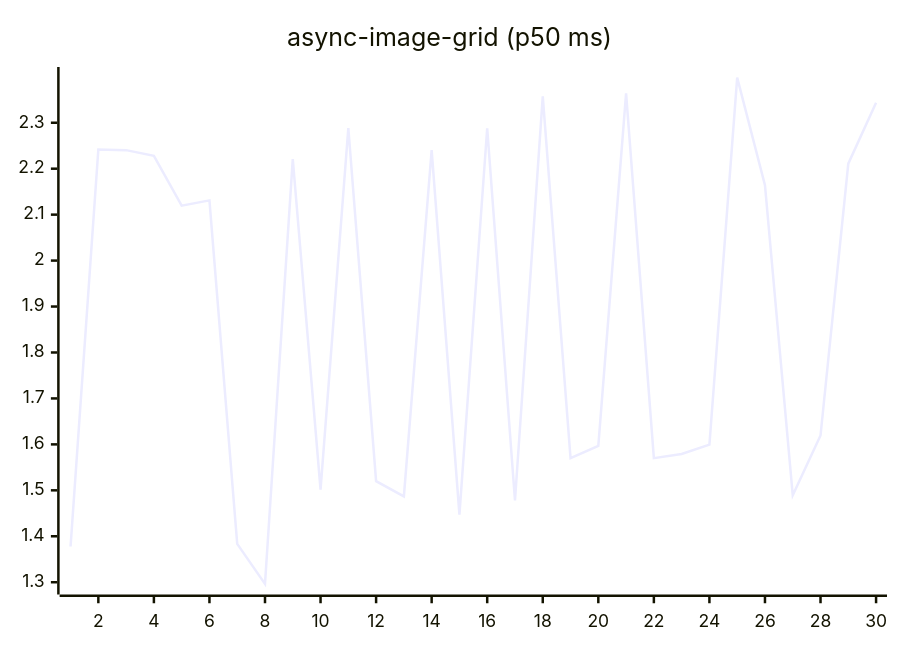
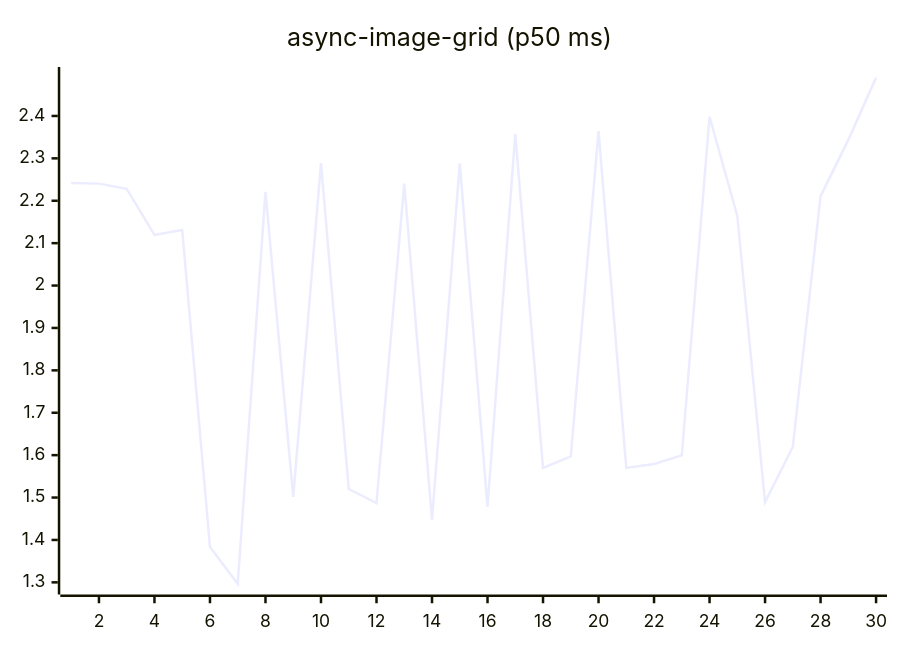
One commit to josha/Facet changed the fifth of 27 diagrams in README.md. Above: the diagram before and after it, drawn with Mermaid. The commit also changed other lines of this file and 2 other files, not shown here.

````diff
--- a/README.md
+++ b/README.md
@@ -91,6 +91,6 @@
 ```mermaid
 xychart-beta
     title "async-image-grid (p50 ms)"
     x-axis 1 --> 30
-    line [1.3778, 2.2419, 2.2404, 2.2280, 2.1194, 2.1310, 1.3834, 1.2964, 2.2208, 1.5015, 2.2886, 1.5200, 1.4868, 2.2404, 1.4470, 2.2880, 1.4779, 2.3575, 1.5699, 1.5969, 2.3640, 1.5700, 1.5790, 1.5994, 2.3982, 2.1641, 1.4893, 1.6193, 2.2110, 2.3435]
+    line [2.2419, 2.2404, 2.2280, 2.1194, 2.1310, 1.3834, 1.2964, 2.2208, 1.5015, 2.2886, 1.5200, 1.4868, 2.2404, 1.4470, 2.2880, 1.4779, 2.3575, 1.5699, 1.5969, 2.3640, 1.5700, 1.5790, 1.5994, 2.3982, 2.1641, 1.4893, 1.6193, 2.2110, 2.3435, 2.4904]
 ```
````
